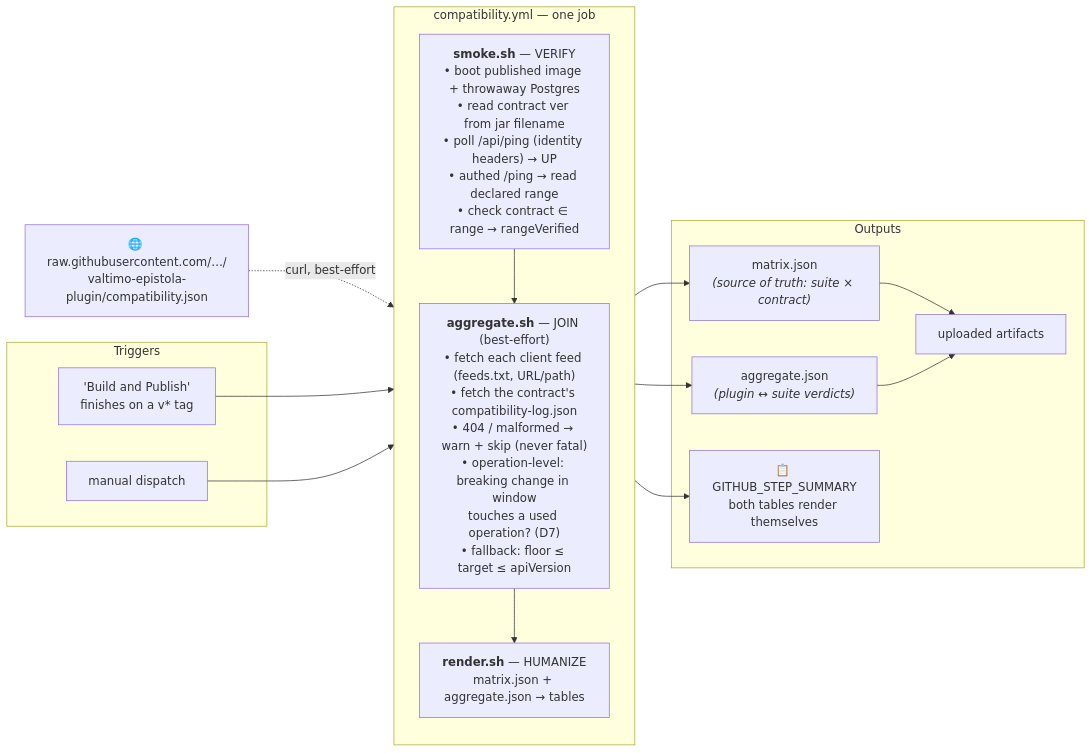
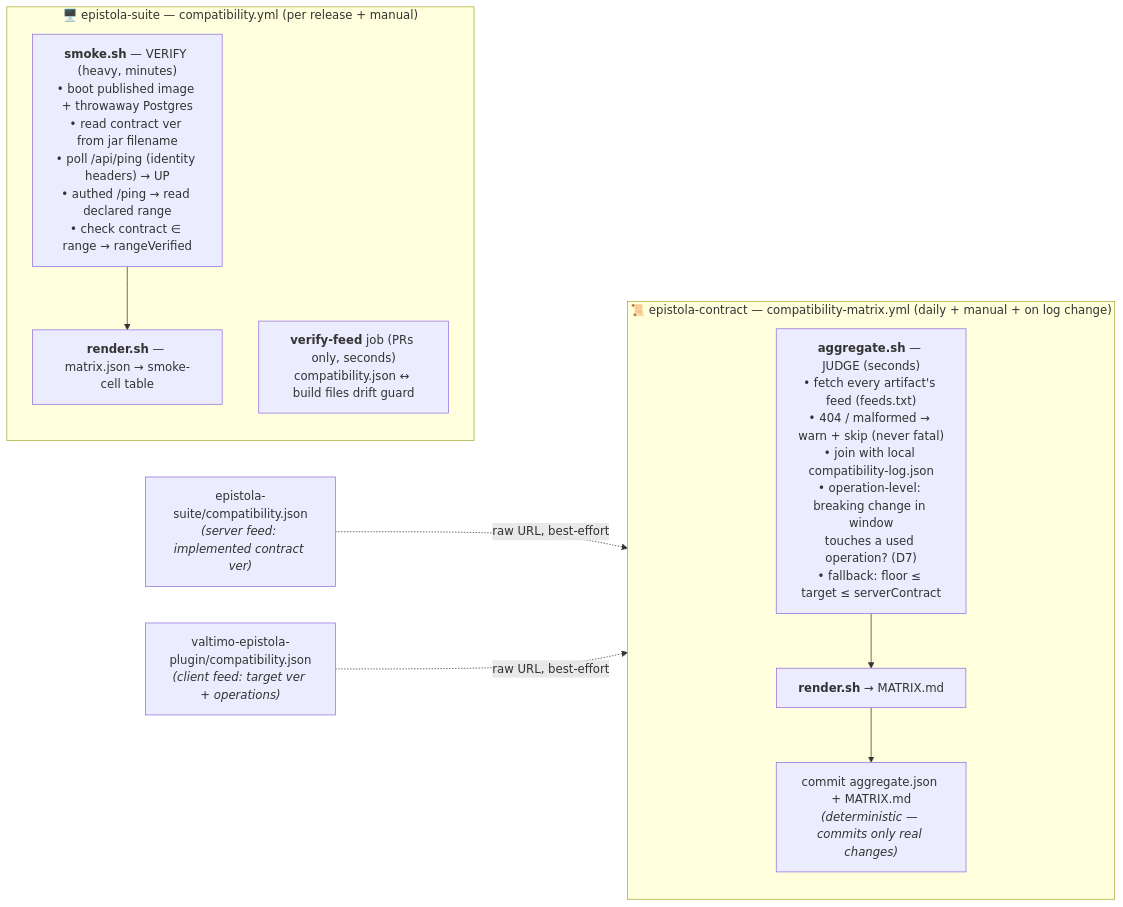
The second of 3 diagrams in compatibility/DESIGN.md (epistola-app/epistola-suite), drawn with Mermaid before and after one commit. The commit also changed other lines of this file and 7 other files, not shown here.

First line of the commit message:
refactor(compatibility): move judging to its home in the contract repo

````diff
--- a/compatibility/DESIGN.md
+++ b/compatibility/DESIGN.md
@@ -82,32 +86,24 @@
 ```mermaid
 flowchart LR
-    subgraph triggers["Triggers"]
-        rel["'Build and Publish'<br/>finishes on a v* tag"]
-        man["manual dispatch"]
+    subgraph suiteci["🖥️ epistola-suite — compatibility.yml (per release + manual)"]
+        direction TB
+        smoke["<b>smoke.sh</b> — VERIFY (heavy, minutes)<br/>• boot published image + throwaway Postgres<br/>• read contract ver from jar filename<br/>• poll /api/ping (identity headers) → UP<br/>• authed /ping → read declared range<br/>• check contract ∈ range → rangeVerified"]
+        rend["<b>render.sh</b> — matrix.json → smoke-cell table"]
+        vfeed["<b>verify-feed</b> job (PRs only, seconds)<br/>compatibility.json ↔ build files drift guard"]
+        smoke --> rend
     end
 
-    subgraph job["compatibility.yml — one job"]
+    subgraph contractci["📜 epistola-contract — compatibility-matrix.yml (daily + manual + on log change)"]
         direction TB
-        smoke["<b>smoke.sh</b> — VERIFY<br/>• boot published image + throwaway Postgres<br/>• read contract ver from jar filename<br/>• poll /api/ping (identity headers) → UP<br/>• authed /ping → read declared range<br/>• check contract ∈ range → rangeVerified"]
-        agg["<b>aggregate.sh</b> — JOIN (best-effort)<br/>• fetch each client feed (feeds.txt, URL/path)<br/>• fetch the contract's compatibility-log.json<br/>• 404 / malformed → warn + skip (never fatal)<br/>• operation-level: breaking change in window<br/>touches a used operation? (D7)<br/>• fallback: floor ≤ target ≤ apiVersion"]
-        rend["<b>render.sh</b> — HUMANIZE<br/>matrix.json + aggregate.json → tables"]
-        smoke --> agg --> rend
+        agg["<b>aggregate.sh</b> — JUDGE (seconds)<br/>• fetch every artifact's feed (feeds.txt)<br/>• 404 / malformed → warn + skip (never fatal)<br/>• join with local compatibility-log.json<br/>• operation-level: breaking change in window<br/>touches a used operation? (D7)<br/>• fallback: floor ≤ target ≤ serverContract"]
+        crend["<b>render.sh</b> → MATRIX.md"]
+        commit["commit aggregate.json + MATRIX.md<br/><i>(deterministic — commits only real changes)</i>"]
+        agg --> crend --> commit
     end
 
-    subgraph outputs["Outputs"]
-        mj["matrix.json<br/><i>(source of truth: suite × contract)</i>"]
-        aj["aggregate.json<br/><i>(plugin ↔ suite verdicts)</i>"]
-        sum["📋 GITHUB_STEP_SUMMARY<br/>both tables render themselves"]
-        art["uploaded artifacts"]
-    end
+    sfeed["epistola-suite/compatibility.json<br/><i>(server feed: implemented contract ver)</i>"]
+    pfeed["valtimo-epistola-plugin/compatibility.json<br/><i>(client feed: target ver + operations)</i>"]
 
-    rel --> job
-    man --> job
-    smoke --> mj
-    agg --> aj
-    rend --> sum
-    mj --> art
-    aj --> art
-
-    ext["🌐 raw.githubusercontent.com/…/<br/>valtimo-epistola-plugin/compatibility.json"] -.->|curl, best-effort| agg
+    sfeed -.->|raw URL, best-effort| agg
+    pfeed -.->|raw URL, best-effort| agg
 ```
````
